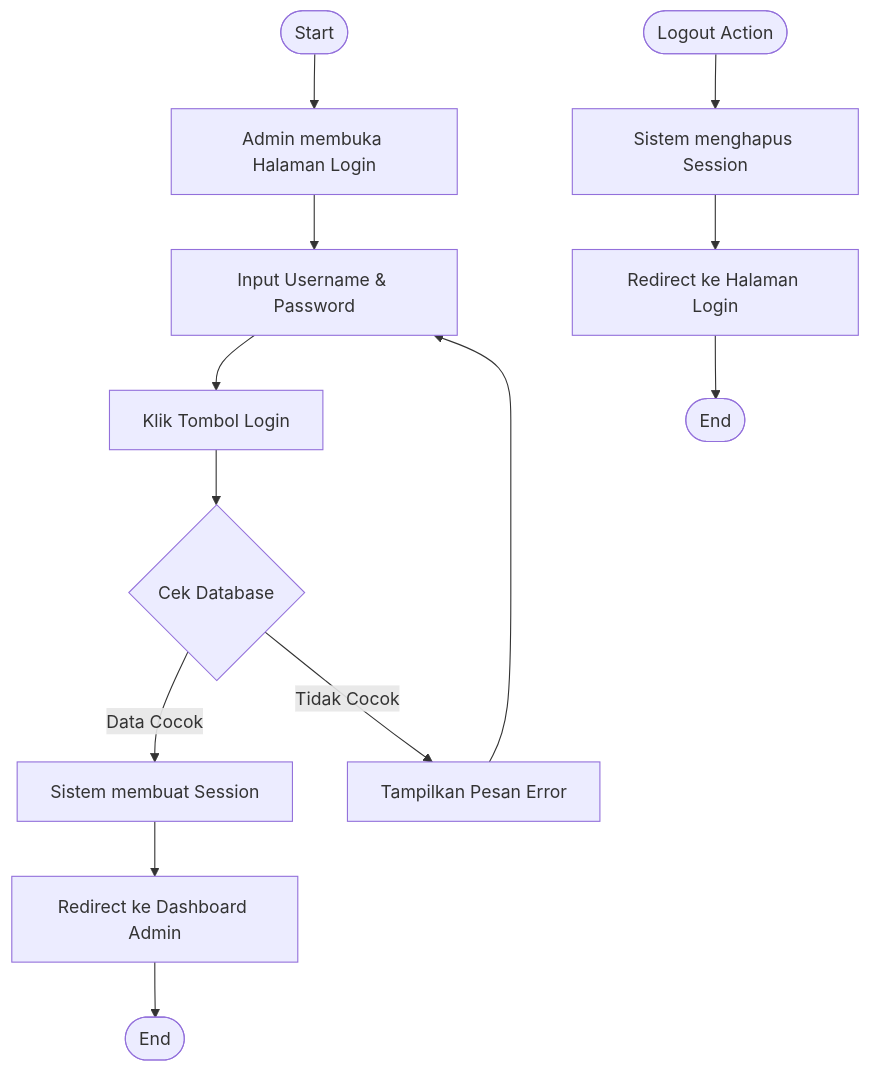
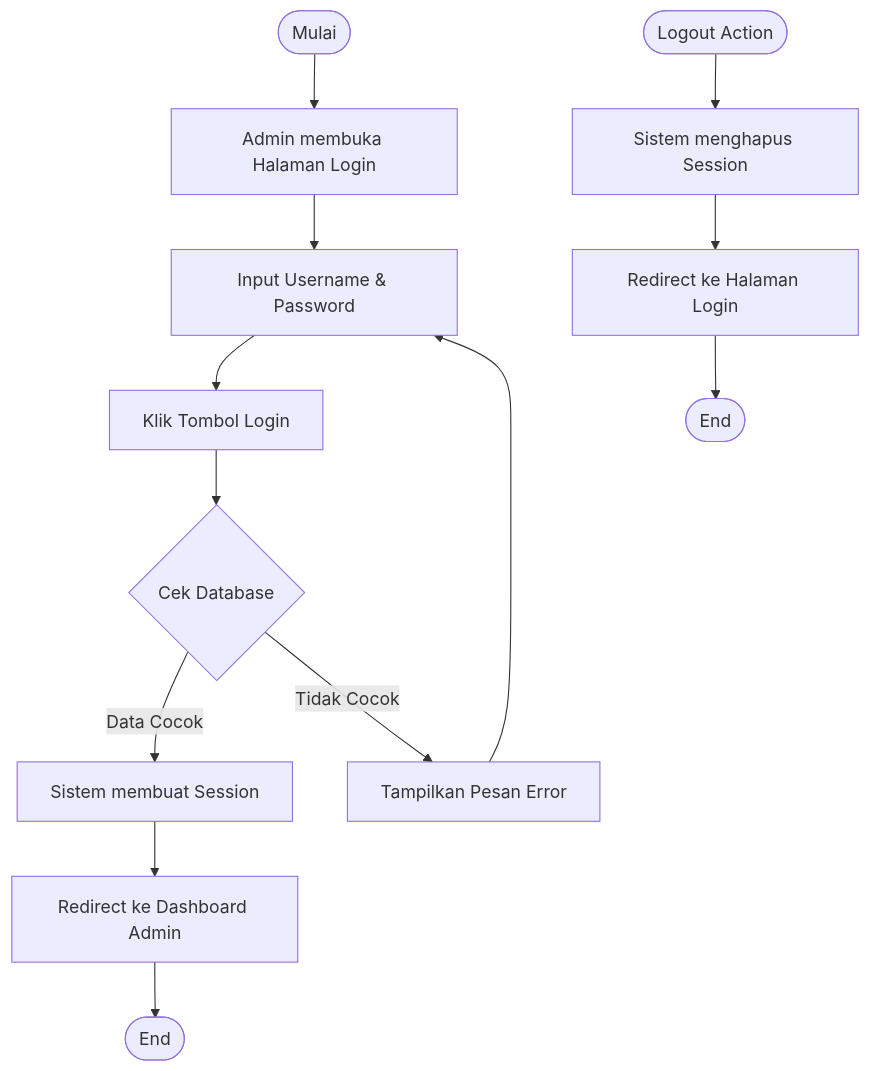
One commit to arbain-dev/Web_fikom changed the first of 5 diagrams in docs/activity_diagram_admin.md. Above: the diagram before and after it, drawn with Mermaid. The commit also changed other lines of this file and 7 other files, not shown here.

Commit message:
docs: standarisasi semua awal flowchart diagram menjadi 'Mulai'

````diff
--- a/docs/activity_diagram_admin.md
+++ b/docs/activity_diagram_admin.md
@@ -11,19 +11,19 @@
 ```mermaid
 flowchart TD
-    Start([Start]) --> OpenLogin[Admin membuka Halaman Login]
+    Mulai([Mulai]) --> OpenLogin[Admin membuka Halaman Login]
     OpenLogin --> InputCreds[Input Username & Password]
     InputCreds --> ClickLogin[Klik Tombol Login]
     
     ClickLogin --> Verify{Cek Database}
     
     Verify -- "Data Cocok" --> CreateSession[Sistem membuat Session]
     CreateSession --> RedirectDash[Redirect ke Dashboard Admin]
     RedirectDash --> End([End])
     
     Verify -- "Tidak Cocok" --> ShowError[Tampilkan Pesan Error]
     ShowError --> InputCreds
     
     Logout([Logout Action]) --> DestroySession[Sistem menghapus Session]
     DestroySession --> RedirectLogin[Redirect ke Halaman Login]
     RedirectLogin --> LogoutEnd([End])
 ```
````
